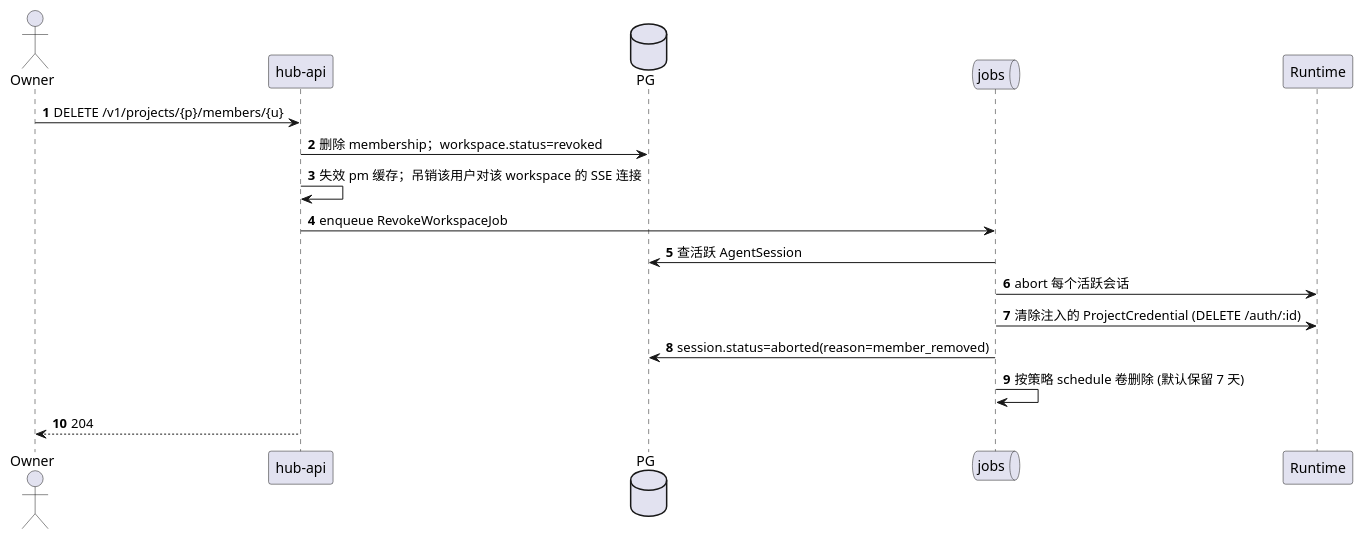
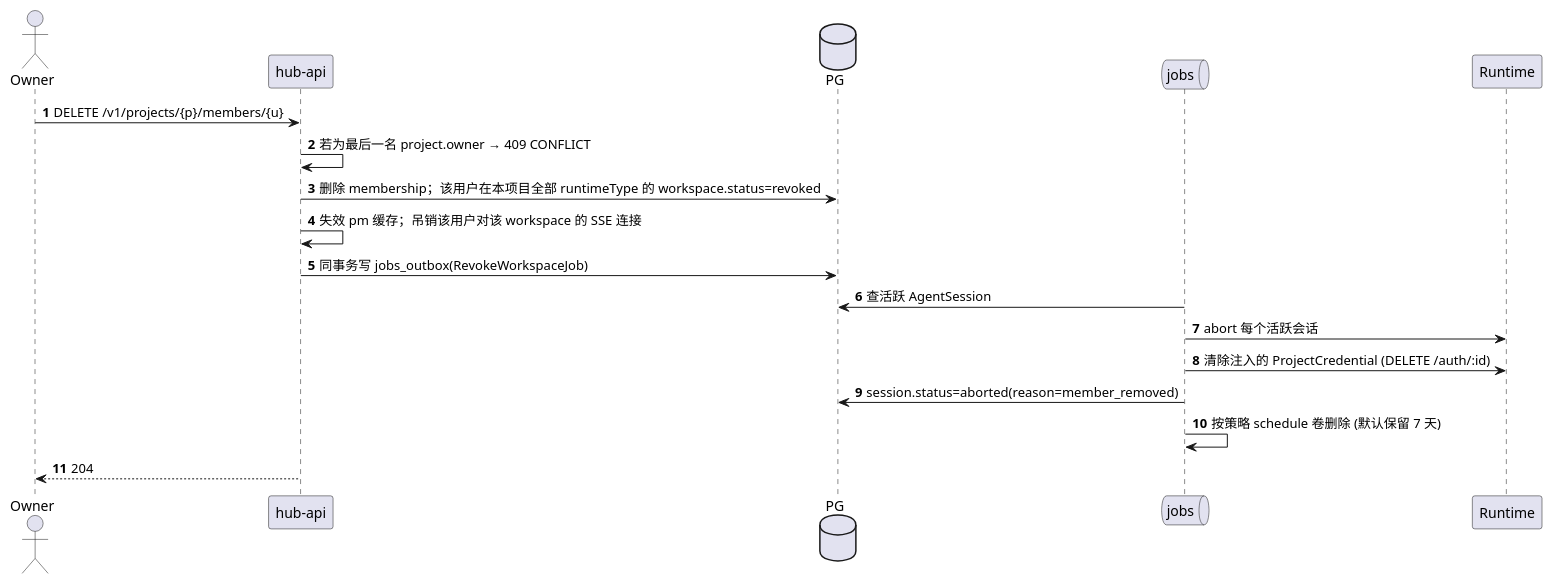
One commit to JackLuguibin/AgentHubEx changed the fifth of 6 diagrams in docs/architecture/03-auth-rbac.md. Above: the diagram before and after it, drawn with PlantUML. The commit also changed other lines of this file and 19 other files, not shown here.

````diff
--- a/docs/architecture/03-auth-rbac.md
+++ b/docs/architecture/03-auth-rbac.md
@@ -189,21 +189,22 @@
 ```plantuml
 @startuml member-remove
 autonumber
 actor Owner
 participant "hub-api" as H
 database PG
 queue "jobs" as Q
 participant Runtime as R
 
 Owner -> H : DELETE /v1/projects/{p}/members/{u}
-H -> PG : 删除 membership；workspace.status=revoked
+H -> H : 若为最后一名 project.owner → 409 CONFLICT
+H -> PG : 删除 membership；该用户在本项目全部 runtimeType 的 workspace.status=revoked
 H -> H : 失效 pm 缓存；吊销该用户对该 workspace 的 SSE 连接
-H -> Q : enqueue RevokeWorkspaceJob
+H -> PG : 同事务写 jobs_outbox(RevokeWorkspaceJob)
 Q -> PG : 查活跃 AgentSession
 Q -> R : abort 每个活跃会话
 Q -> R : 清除注入的 ProjectCredential (DELETE /auth/:id)
 Q -> PG : session.status=aborted(reason=member_removed)
 Q -> Q : 按策略 schedule 卷删除 (默认保留 7 天)
 H --> Owner : 204
 @enduml
 ```
````
